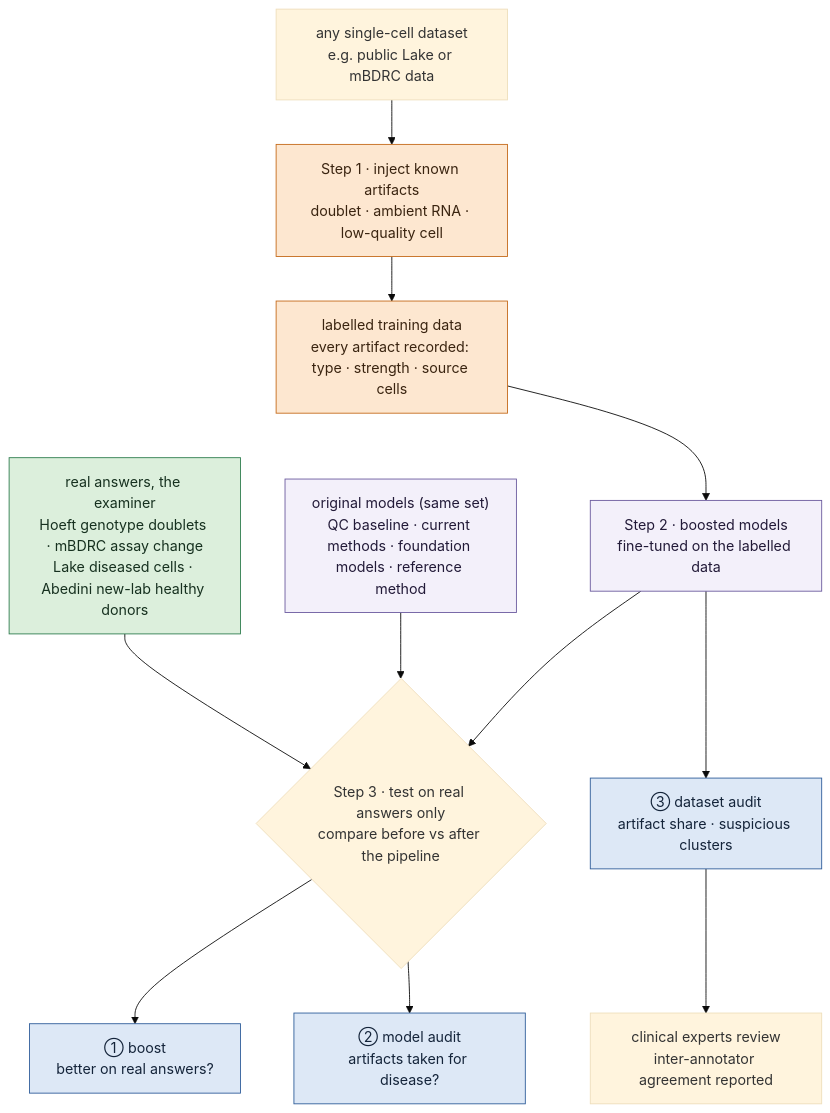
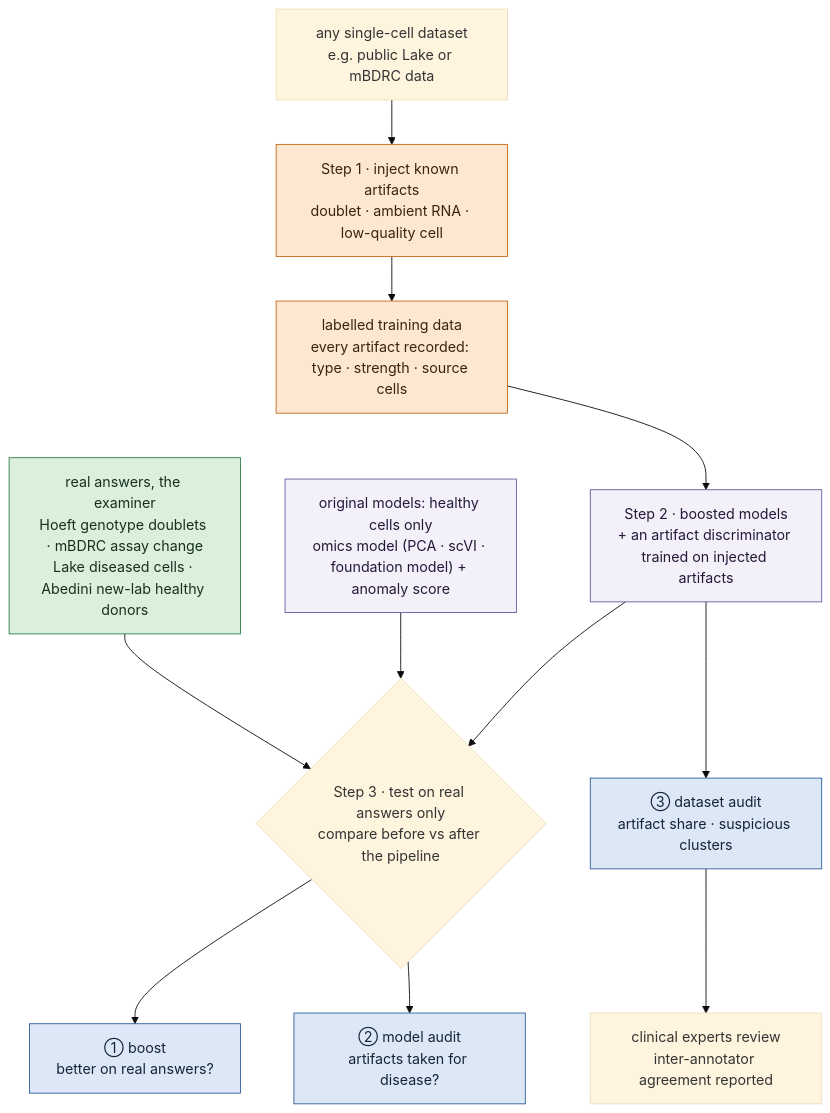
One commit to jasonjin34/Medical_reading_material changed the diagram in docs/research/anomaly-benchmark.md. Above: the diagram before and after it, drawn with Mermaid (base theme). The commit also changed other lines of this file and 41 other files, not shown here.

````diff
--- a/docs/research/anomaly-benchmark.md
+++ b/docs/research/anomaly-benchmark.md
@@ -14,23 +73,23 @@
 ```mermaid
 flowchart TB
   D["any single-cell dataset<br/>e.g. public Lake or mBDRC data"] --> P["Step 1 · inject known artifacts<br/>doublet · ambient RNA · low-quality cell"]
   P --> L["labelled training data<br/>every artifact recorded: type · strength · source cells"]
   L ~~~ R["real answers, the examiner<br/>Hoeft genotype doublets · mBDRC assay change<br/>Lake diseased cells · Abedini new-lab healthy donors"]
-  L ~~~ M0["original models (same set)<br/>QC baseline · current methods · foundation models · reference method"]
-  L --> M1["Step 2 · boosted models<br/>fine-tuned on the labelled data"]
+  L ~~~ M0["original models: healthy cells only<br/>omics model (PCA · scVI · foundation model) + anomaly score"]
+  L --> M1["Step 2 · boosted models<br/>+ an artifact discriminator trained on injected artifacts"]
   M0 --> C{"Step 3 · test on real answers only<br/>compare before vs after the pipeline"}
   M1 --> C
   R --> C
   C --> U1["① boost<br/>better on real answers?"]
   C --> U2["② model audit<br/>artifacts taken for disease?"]
   M1 --> U3["③ dataset audit<br/>artifact share · suspicious clusters"]
   U3 --> E["clinical experts review<br/>inter-annotator agreement reported"]
   classDef inj fill:#fde7d0,stroke:#c46a1a,color:#3a2410
   classDef real fill:#dcefdc,stroke:#2f7d4f,color:#16301f
   classDef use fill:#dde8f6,stroke:#2f5d9a,color:#14243a
   classDef model fill:#f3f0fa,stroke:#6b5a9e,color:#221a38
   class P,L inj
   class R real
   class U1,U2,U3 use
   class M0,M1 model
 ```
````
